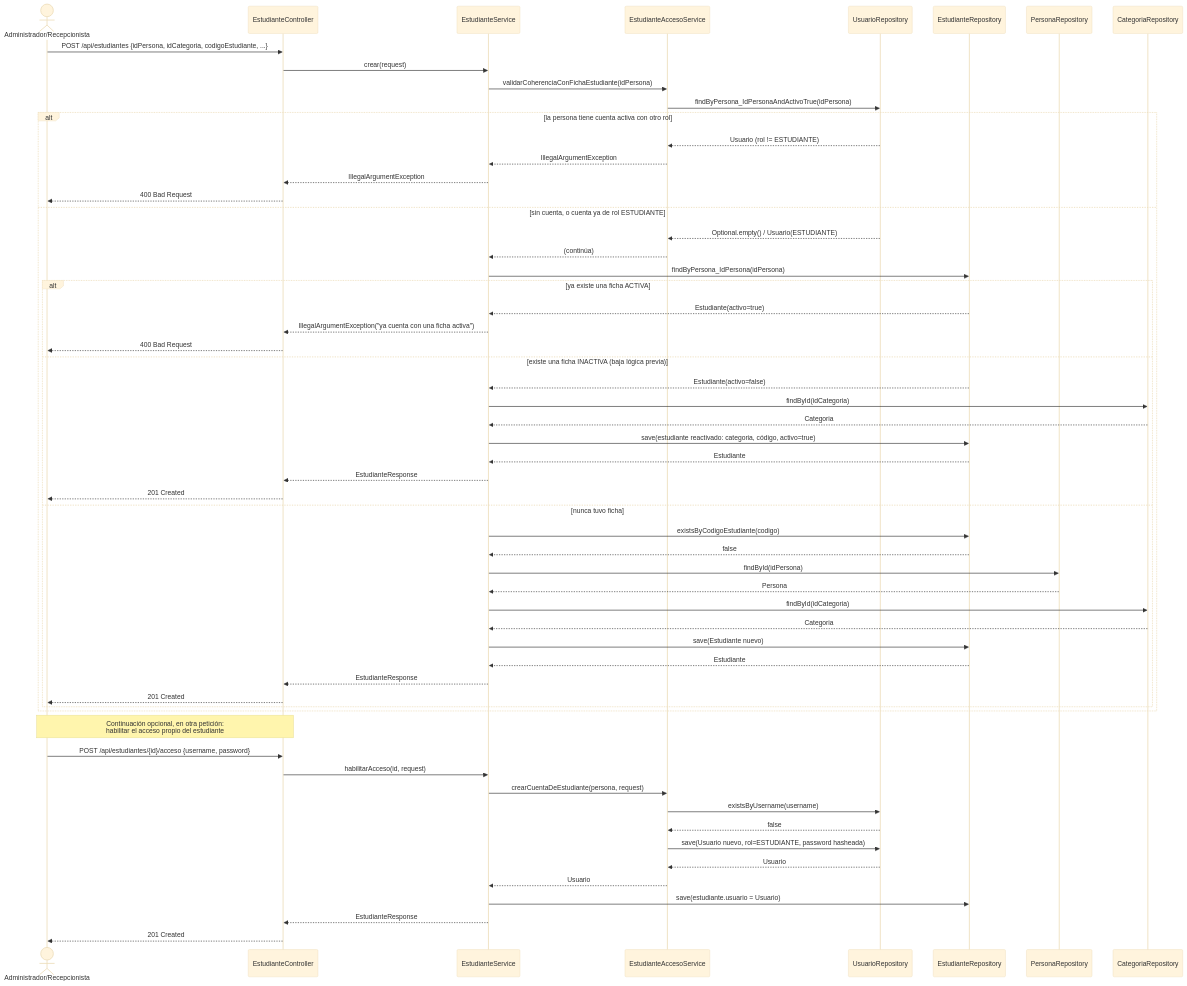
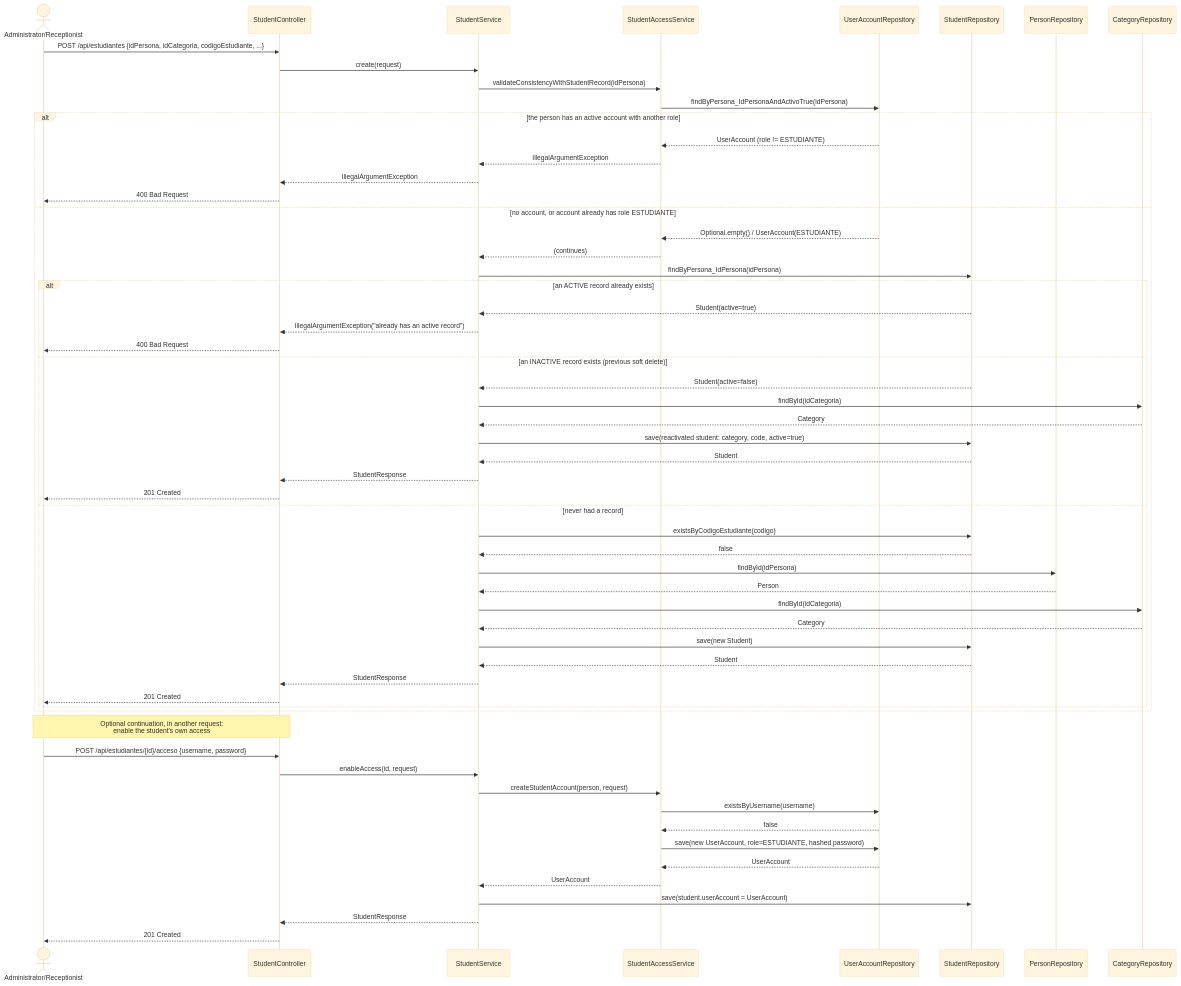
Before and after one commit to DarwinSM21/SGED_APPWEB: the second of 3 diagrams in docs/diagramas/diagramas-secuencia.md, drawn with Mermaid (base theme). The commit also changed other lines of this file and 8 other files, not shown here.

First line of the commit message:
docs(diagramas): traducir a ingles los 7 diagramas del repo/informe (E3)

````diff
--- a/docs/diagramas/diagramas-secuencia.md
+++ b/docs/diagramas/diagramas-secuencia.md
@@ -93,65 +100,65 @@
 ```mermaid
 sequenceDiagram
-    actor A as Administrador/Recepcionista
-    participant EC as EstudianteController
-    participant ES as EstudianteService
-    participant EAS as EstudianteAccesoService
-    participant UR as UsuarioRepository
-    participant ER as EstudianteRepository
-    participant PR as PersonaRepository
-    participant CR as CategoriaRepository
+    actor A as Administrator/Receptionist
+    participant EC as StudentController
+    participant ES as StudentService
+    participant EAS as StudentAccessService
+    participant UR as UserAccountRepository
+    participant ER as StudentRepository
+    participant PR as PersonRepository
+    participant CR as CategoryRepository
 
     A->>EC: POST /api/estudiantes {idPersona, idCategoria, codigoEstudiante, ...}
-    EC->>ES: crear(request)
-    ES->>EAS: validarCoherenciaConFichaEstudiante(idPersona)
+    EC->>ES: create(request)
+    ES->>EAS: validateConsistencyWithStudentRecord(idPersona)
     EAS->>UR: findByPersona_IdPersonaAndActivoTrue(idPersona)
 
-    alt la persona tiene cuenta activa con otro rol
-        UR-->>EAS: Usuario (rol != ESTUDIANTE)
+    alt the person has an active account with another role
+        UR-->>EAS: UserAccount (role != ESTUDIANTE)
         EAS-->>ES: IllegalArgumentException
         ES-->>EC: IllegalArgumentException
         EC-->>A: 400 Bad Request
-    else sin cuenta, o cuenta ya de rol ESTUDIANTE
-        UR-->>EAS: Optional.empty() / Usuario(ESTUDIANTE)
-        EAS-->>ES: (continúa)
+    else no account, or account already has role ESTUDIANTE
+        UR-->>EAS: Optional.empty() / UserAccount(ESTUDIANTE)
+        EAS-->>ES: (continues)
         ES->>ER: findByPersona_IdPersona(idPersona)
 
-        alt ya existe una ficha ACTIVA
-            ER-->>ES: Estudiante(activo=true)
-            ES-->>EC: IllegalArgumentException("ya cuenta con una ficha activa")
+        alt an ACTIVE record already exists
+            ER-->>ES: Student(active=true)
+            ES-->>EC: IllegalArgumentException("already has an active record")
             EC-->>A: 400 Bad Request
-        else existe una ficha INACTIVA (baja lógica previa)
-            ER-->>ES: Estudiante(activo=false)
+        else an INACTIVE record exists (previous soft delete)
+            ER-->>ES: Student(active=false)
             ES->>CR: findById(idCategoria)
-            CR-->>ES: Categoria
-            ES->>ER: save(estudiante reactivado: categoria, código, activo=true)
-            ER-->>ES: Estudiante
-            ES-->>EC: EstudianteResponse
+            CR-->>ES: Category
+            ES->>ER: save(reactivated student: category, code, active=true)
+            ER-->>ES: Student
+            ES-->>EC: StudentResponse
             EC-->>A: 201 Created
-        else nunca tuvo ficha
+        else never had a record
             ES->>ER: existsByCodigoEstudiante(codigo)
             ER-->>ES: false
             ES->>PR: findById(idPersona)
-            PR-->>ES: Persona
+            PR-->>ES: Person
             ES->>CR: findById(idCategoria)
-            CR-->>ES: Categoria
-            ES->>ER: save(Estudiante nuevo)
-            ER-->>ES: Estudiante
-            ES-->>EC: EstudianteResponse
+            CR-->>ES: Category
+            ES->>ER: save(new Student)
+            ER-->>ES: Student
+            ES-->>EC: StudentResponse
             EC-->>A: 201 Created
         end
     end
 
-    Note over A,EC: Continuación opcional, en otra petición:<br/>habilitar el acceso propio del estudiante
+    Note over A,EC: Optional continuation, in another request:<br/>enable the student's own access
     A->>EC: POST /api/estudiantes/{id}/acceso {username, password}
-    EC->>ES: habilitarAcceso(id, request)
-    ES->>EAS: crearCuentaDeEstudiante(persona, request)
+    EC->>ES: enableAccess(id, request)
+    ES->>EAS: createStudentAccount(person, request)
     EAS->>UR: existsByUsername(username)
     UR-->>EAS: false
-    EAS->>UR: save(Usuario nuevo, rol=ESTUDIANTE, password hasheada)
-    UR-->>EAS: Usuario
-    EAS-->>ES: Usuario
-    ES->>ER: save(estudiante.usuario = Usuario)
-    ES-->>EC: EstudianteResponse
+    EAS->>UR: save(new UserAccount, role=ESTUDIANTE, hashed password)
+    UR-->>EAS: UserAccount
+    EAS-->>ES: UserAccount
+    ES->>ER: save(student.userAccount = UserAccount)
+    ES-->>EC: StudentResponse
     EC-->>A: 201 Created
 ```
````
